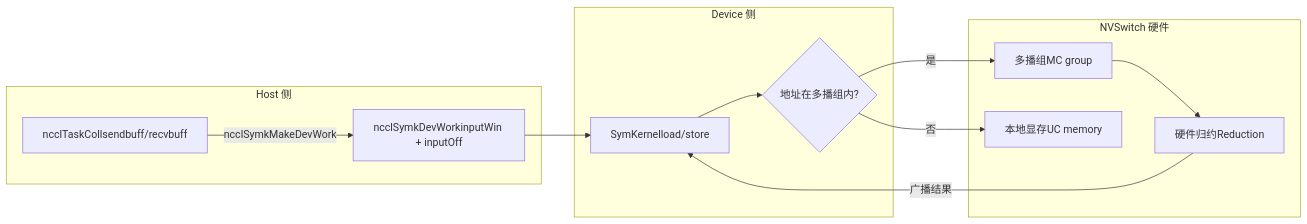
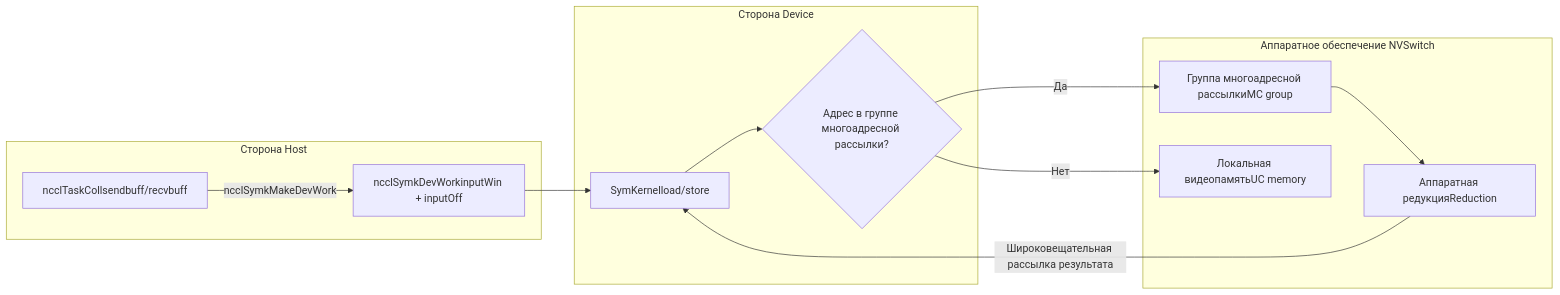
One commit to maleRjc/AiReadCodeBooks changed the third of 3 diagrams in books/nccl/ru/14-symmetric-memory-and-nvls-multicast.md. Above: the diagram before and after it, drawn with Mermaid. The commit also changed other lines of this file and 74 other files, not shown here.

````diff
--- a/books/nccl/ru/14-symmetric-memory-and-nvls-multicast.md
+++ b/books/nccl/ru/14-symmetric-memory-and-nvls-multicast.md
@@ -651,22 +653,22 @@
 ```mermaid
 flowchart LR
-    subgraph host["Host 侧"]
+    subgraph host["Сторона Host"]
         task["ncclTaskCollsendbuff/recvbuff"]
         devwork["ncclSymkDevWorkinputWin + inputOff"]
         task -->|"ncclSymkMakeDevWork"| devwork
     end
-    subgraph device["Device 侧"]
+    subgraph device["Сторона Device"]
         kernel["SymKernelload/store"]
-        lsa{"地址在多播组内?"}
+        lsa{"Адрес в группе многоадресной рассылки?"}
         devwork --> kernel
         kernel --> lsa
     end
-    subgraph hw["NVSwitch 硬件"]
-        mc["多播组MC group"]
-        reduce["硬件归约Reduction"]
-        lsa -->|"是"| mc
-        lsa -->|"否"| local["本地显存UC memory"]
+    subgraph hw["Аппаратное обеспечение NVSwitch"]
+        mc["Группа многоадресной рассылкиMC group"]
+        reduce["Аппаратная редукцияReduction"]
+        lsa -->|"Да"| mc
+        lsa -->|"Нет"| local["Локальная видеопамятьUC memory"]
         mc --> reduce
-        reduce -->|"广播结果"| kernel
+        reduce -->|"Широковещательная рассылка результата"| kernel
     end
 ```
````
